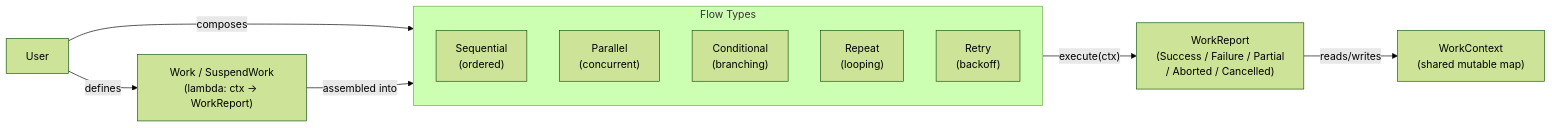
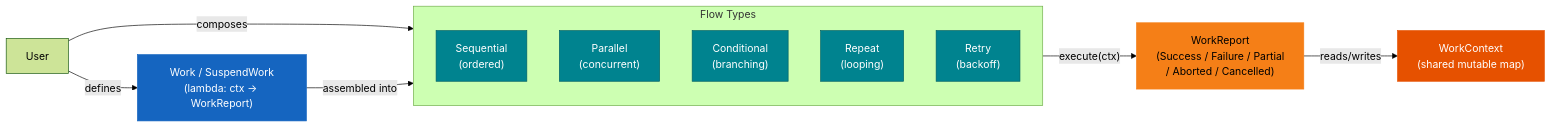
Before and after one commit to bluetape4k/bluetape4k-projects: the first of 8 diagrams in utils/workflow/README.md, drawn with Mermaid (forest theme). The commit also changed other lines of this file and 221 other files, not shown here.

First line of the commit message:
docs: 전체 모듈 README UML 다이어그램 보강 및 색상 업그레이드

````diff
--- a/utils/workflow/README.md
+++ b/utils/workflow/README.md
@@ -15,16 +15,28 @@
 ```mermaid
 flowchart LR
     subgraph Flows["Flow Types"]
         SF["Sequential\n(ordered)"]
         PF["Parallel\n(concurrent)"]
         CF["Conditional\n(branching)"]
         RF["Repeat\n(looping)"]
         RT["Retry\n(backoff)"]
     end
 
     User -->|" defines "| W["Work / SuspendWork\n(lambda: ctx → WorkReport)"]
     User -->|" composes "| Flows
     W -->|" assembled into "| Flows
     Flows -->|" execute(ctx) "| WR["WorkReport\n(Success / Failure / Partial\n/ Aborted / Cancelled)"]
     WR -->|" reads/writes "| WC["WorkContext\n(shared mutable map)"]
+
+    classDef coreStyle fill:#1B5E20,stroke:#1B5E20,color:#FFFFFF,font-weight:bold
+    classDef serviceStyle fill:#1565C0,stroke:#1565C0,color:#FFFFFF
+    classDef utilStyle fill:#E65100,stroke:#E65100,color:#FFFFFF
+    classDef asyncStyle fill:#6A1B9A,stroke:#6A1B9A,color:#FFFFFF
+    classDef dataStyle fill:#F57F17,stroke:#F57F17,color:#000000
+    classDef dslStyle fill:#00838F,stroke:#006064,color:#FFFFFF
+
+    class SF,PF,CF,RF,RT dslStyle
+    class W serviceStyle
+    class WR dataStyle
+    class WC utilStyle
 ```
````
